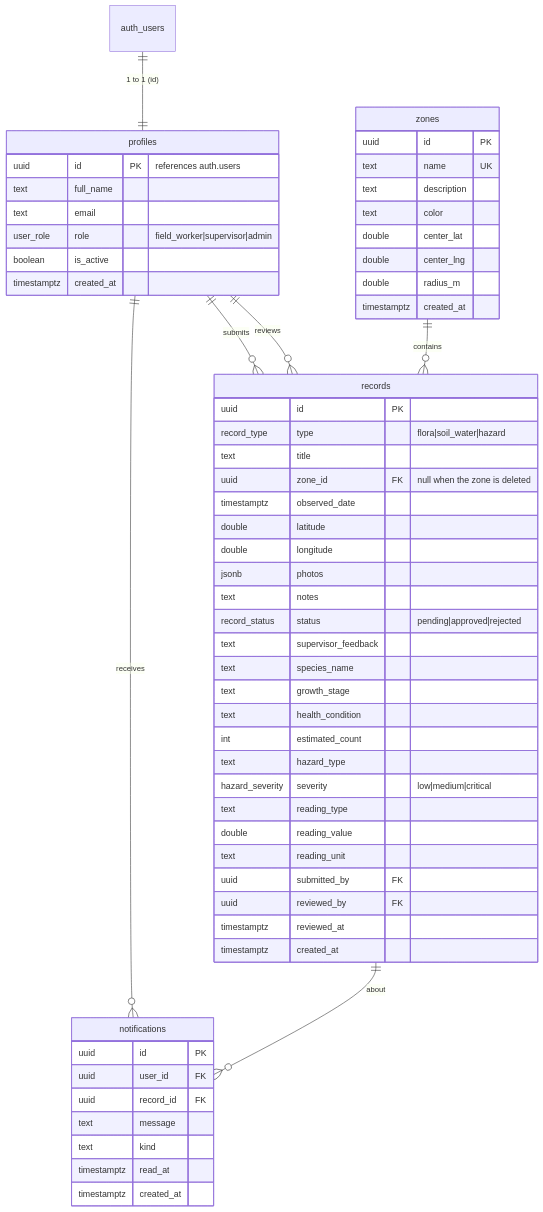
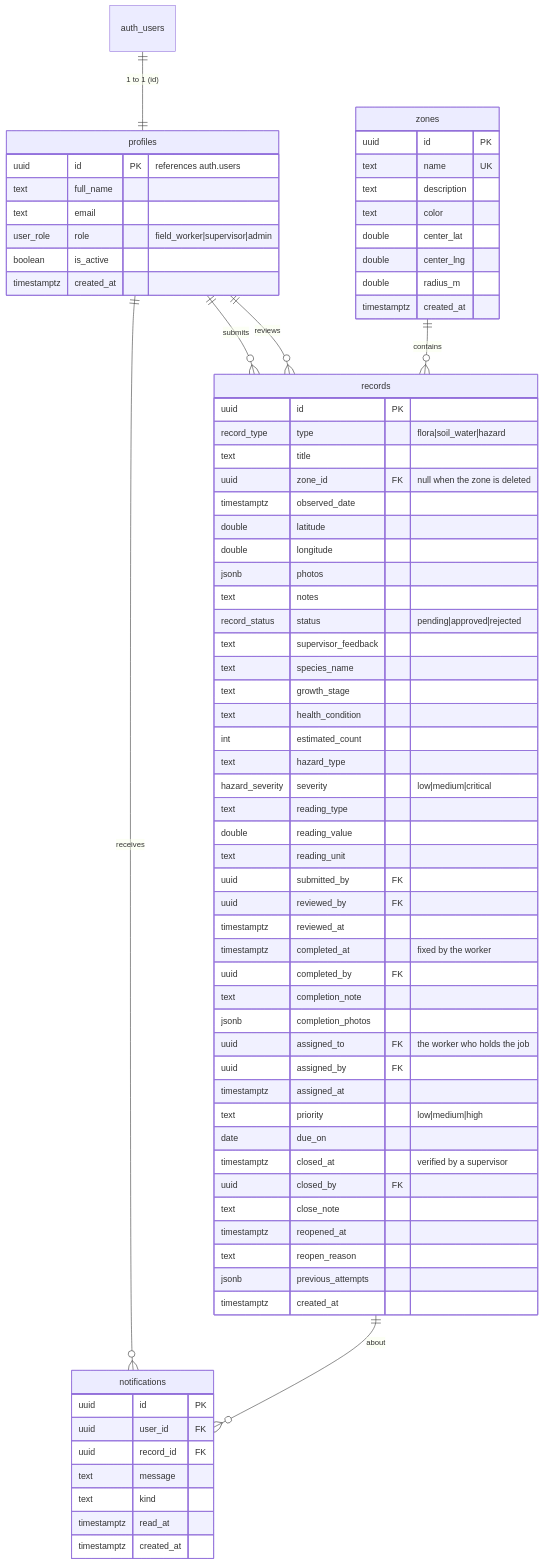
One commit to yezawtun-afk/millennia-fieldops changed the diagram in docs/DATABASE.md. Above: the diagram before and after it, drawn with Mermaid. The commit also changed other lines of this file and 32 other files, not shown here.

````diff
--- a/docs/DATABASE.md
+++ b/docs/DATABASE.md
@@ -8,66 +8,81 @@
 ```mermaid
 erDiagram
     auth_users ||--|| profiles : "1 to 1 (id)"
     profiles ||--o{ records : "submits"
     profiles ||--o{ records : "reviews"
     profiles ||--o{ notifications : "receives"
     zones ||--o{ records : "contains"
     records ||--o{ notifications : "about"
 
     profiles {
         uuid id PK "references auth.users"
         text full_name
         text email
         user_role role "field_worker|supervisor|admin"
         boolean is_active
         timestamptz created_at
     }
 
     zones {
         uuid id PK
         text name UK
         text description
         text color
         double center_lat
         double center_lng
         double radius_m
         timestamptz created_at
     }
 
     records {
         uuid id PK
         record_type type "flora|soil_water|hazard"
         text title
         uuid zone_id FK "null when the zone is deleted"
         timestamptz observed_date
         double latitude
         double longitude
         jsonb photos
         text notes
         record_status status "pending|approved|rejected"
         text supervisor_feedback
         text species_name
         text growth_stage
         text health_condition
         int estimated_count
         text hazard_type
         hazard_severity severity "low|medium|critical"
         text reading_type
         double reading_value
         text reading_unit
         uuid submitted_by FK
         uuid reviewed_by FK
         timestamptz reviewed_at
+        timestamptz completed_at "fixed by the worker"
+        uuid completed_by FK
+        text completion_note
+        jsonb completion_photos
+        uuid assigned_to FK "the worker who holds the job"
+        uuid assigned_by FK
+        timestamptz assigned_at
+        text priority "low|medium|high"
+        date due_on
+        timestamptz closed_at "verified by a supervisor"
+        uuid closed_by FK
+        text close_note
+        timestamptz reopened_at
+        text reopen_reason
+        jsonb previous_attempts
         timestamptz created_at
     }
 
     notifications {
         uuid id PK
         uuid user_id FK
         uuid record_id FK
         text message
         text kind
         timestamptz read_at
         timestamptz created_at
     }
 ```
````
